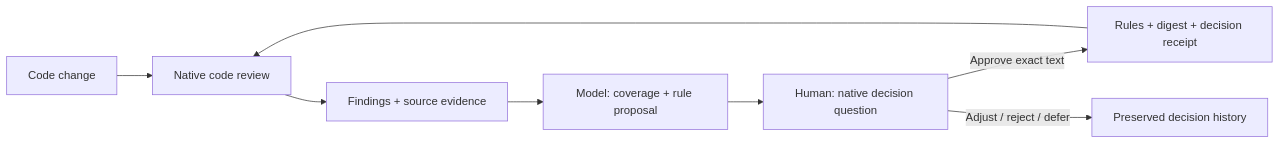
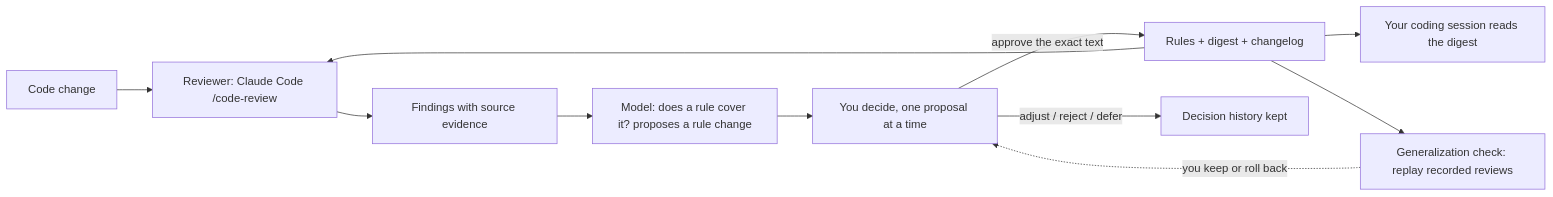
The diagram in README.md (wangxuzhou666-arch/house-rules), drawn with Mermaid before and after one commit. The commit also changed other lines of this file and 6 other files, not shown here.

````diff
--- a/README.md
+++ b/README.md
@@ -10,10 +67,13 @@
 ```mermaid
 flowchart LR
-  A[Code change] --> B[Native code review]
-  B --> C[Findings + source evidence]
-  C --> D[Model: coverage + rule proposal]
-  D --> E[Human: native decision question]
-  E -->|Approve exact text| F[Rules + digest + decision receipt]
-  E -->|Adjust / reject / defer| G[Preserved decision history]
+  A["Code change"] --> B["Reviewer: Claude Code /code-review"]
+  B --> C["Findings with source evidence"]
+  C --> D["Model: does a rule cover it? proposes a rule change"]
+  D --> E["You decide, one proposal at a time"]
+  E -->|"approve the exact text"| F["Rules + digest + changelog"]
+  E -->|"adjust / reject / defer"| G["Decision history kept"]
   F --> B
+  F --> H["Your coding session reads the digest"]
+  F --> I["Generalization check: replay recorded reviews"]
+  I -.->|"you keep or roll back"| E
 ```
````
